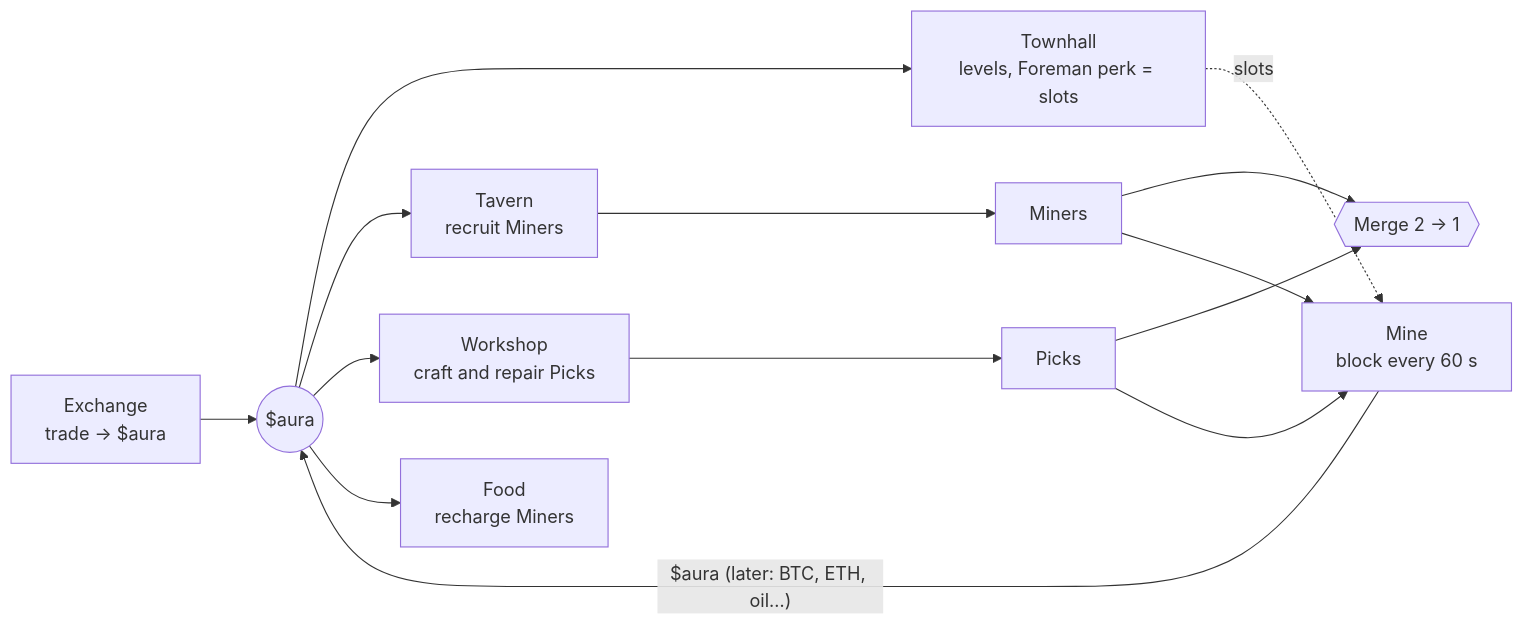
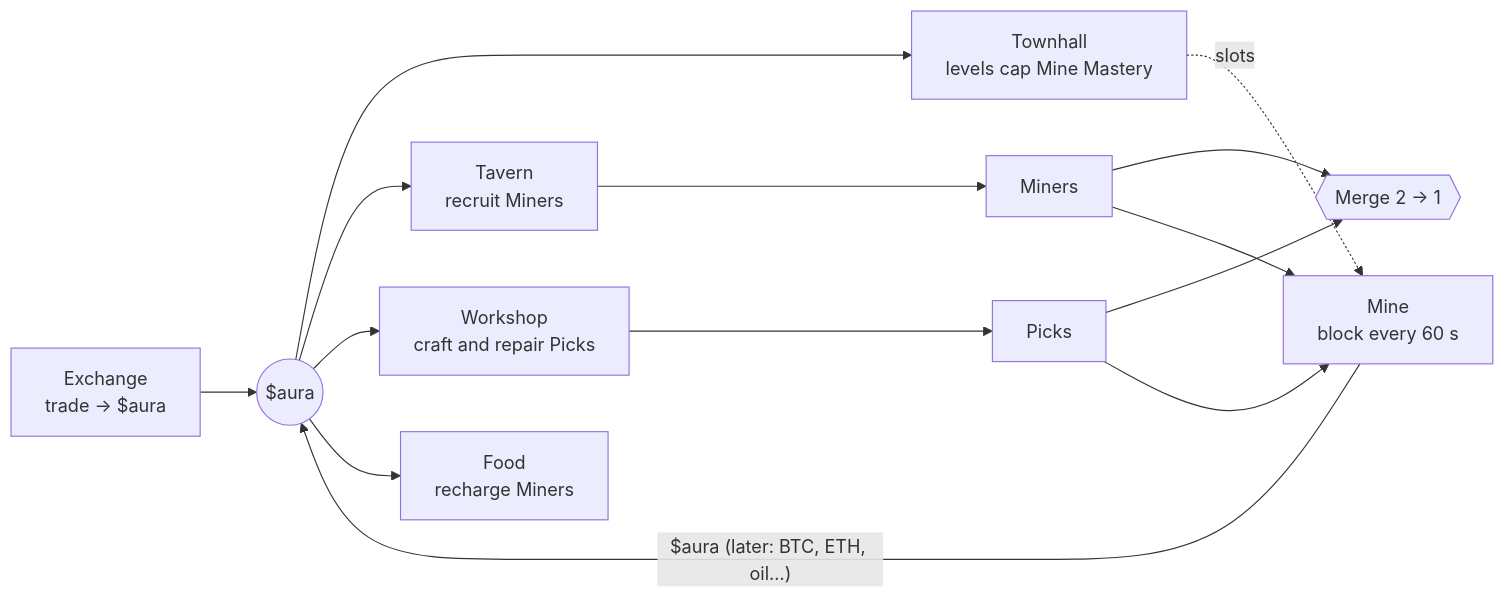
The second of 2 diagrams in docs/economy/game-design.md (atonyp89/hyperempire), drawn with Mermaid before and after one commit. The commit also changed other lines of this file and 20 other files, not shown here.

First line of the commit message:
Replace the Townhall perk tree with per-building Mastery

````diff
--- a/docs/economy/game-design.md
+++ b/docs/economy/game-design.md
@@ -146,16 +158,16 @@
 ```mermaid
 flowchart LR
   EX["Exchange<br/>trade → $aura"] --> A(("$aura"))
-  A --> TH["Townhall<br/>levels, Foreman perk = slots"]
+  A --> TH["Townhall<br/>levels cap Mine Mastery"]
   A --> TV["Tavern<br/>recruit Miners"]
   A --> WS["Workshop<br/>craft and repair Picks"]
   A --> FD["Food<br/>recharge Miners"]
   TV --> M["Miners"]
   WS --> P["Picks"]
   M --> MG{{"Merge 2 → 1"}}
   P --> MG
   M --> MI["Mine<br/>block every 60 s"]
   P --> MI
   TH -. "slots" .-> MI
   MI -- "$aura (later: BTC, ETH, oil…)" --> A
 ```
````
